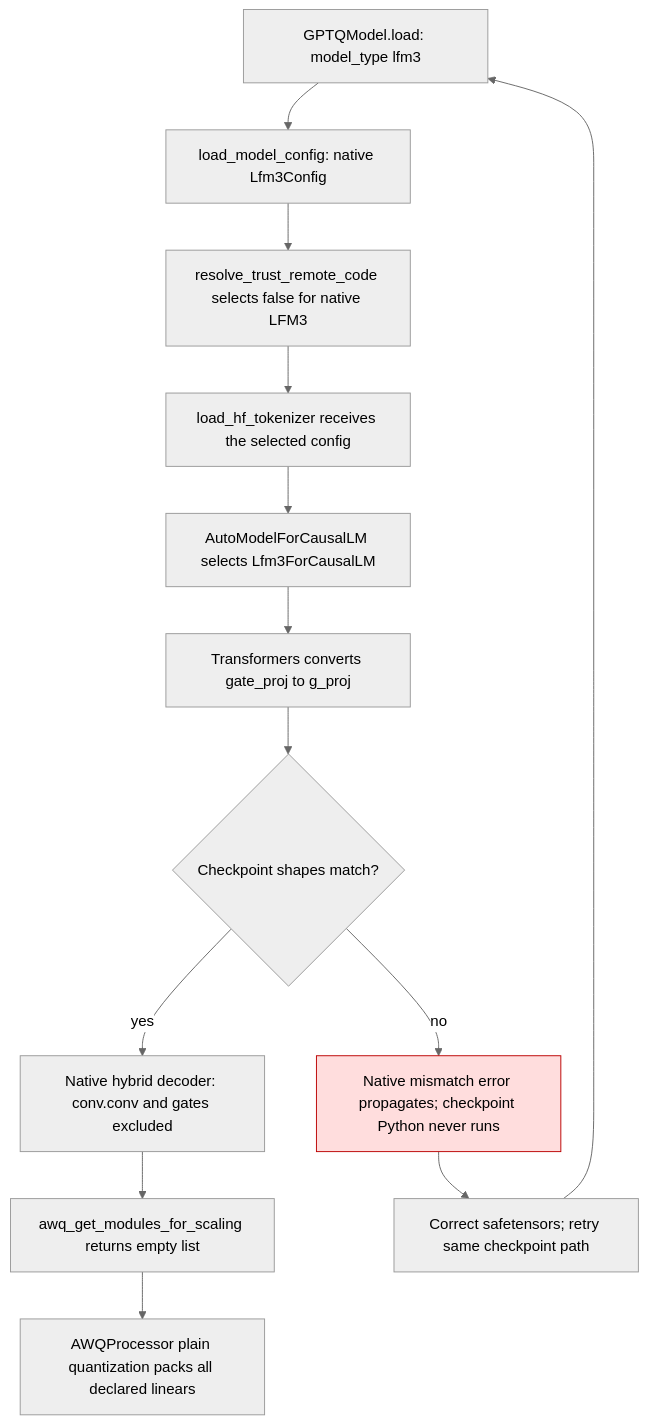
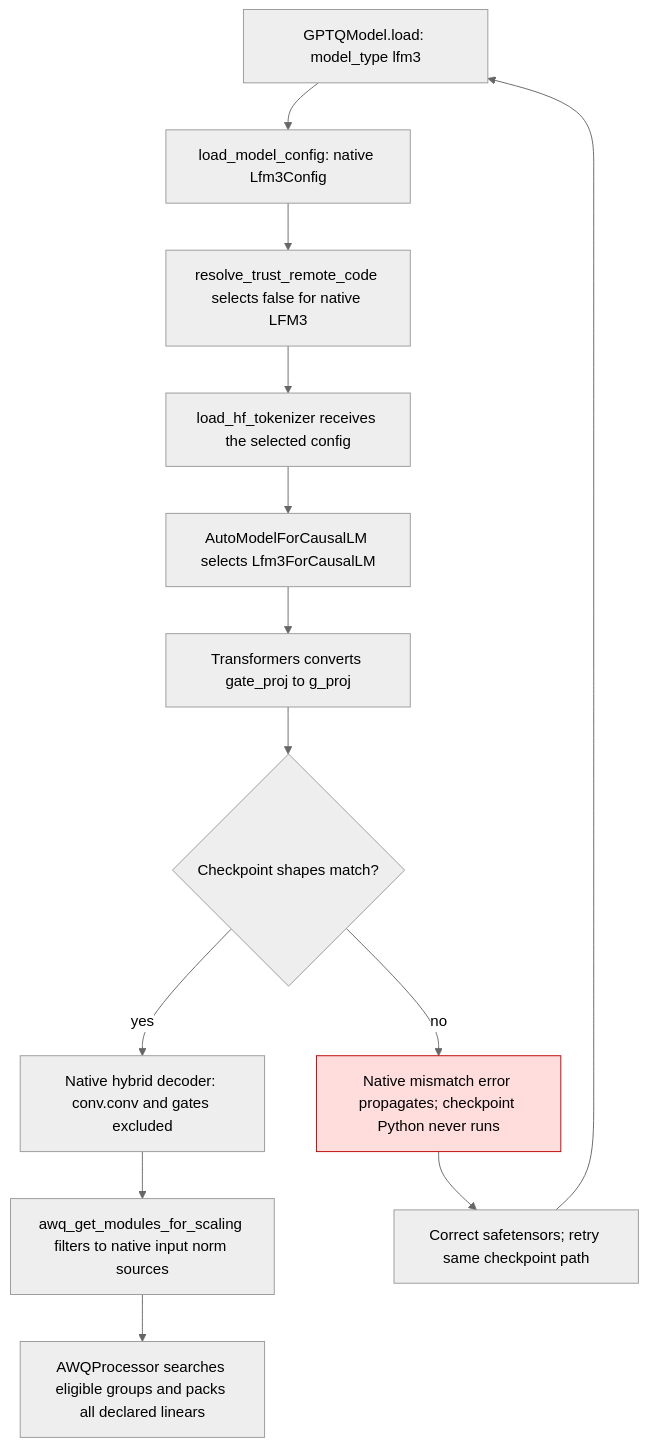
One commit to ModelCloud/GPTQModel changed the diagram in gptqmodel/models/ports/lfm3/README.md. Above: the diagram before and after it, drawn with Mermaid (neutral theme). The commit also changed other lines of this file and 53 other files, not shown here.

````diff
--- a/gptqmodel/models/ports/lfm3/README.md
+++ b/gptqmodel/models/ports/lfm3/README.md
@@ -44,17 +44,17 @@
 ```mermaid
 flowchart TD
     api["GPTQModel.load: model_type lfm3"] --> config["load_model_config: native Lfm3Config"]
     config --> policy["resolve_trust_remote_code selects false for native LFM3"]
     policy --> tokenizer["load_hf_tokenizer receives the selected config"]
     tokenizer --> loader["AutoModelForCausalLM selects Lfm3ForCausalLM"]
     loader --> rename["Transformers converts gate_proj to g_proj"]
     rename --> check{"Checkpoint shapes match?"}
     check -->|yes| native["Native hybrid decoder: conv.conv and gates excluded"]
-    native --> awq["awq_get_modules_for_scaling returns empty list"]
-    awq --> plain["AWQProcessor plain quantization packs all declared linears"]
+    native --> awq["awq_get_modules_for_scaling filters to native input norm sources"]
+    awq --> pack["AWQProcessor searches eligible groups and packs all declared linears"]
     check -->|no| error["Native mismatch error propagates; checkpoint Python never runs"]
     error --> repair["Correct safetensors; retry same checkpoint path"]
     repair --> api
     classDef failure fill:#fdd,stroke:#b00
     class error failure
 ```
````
